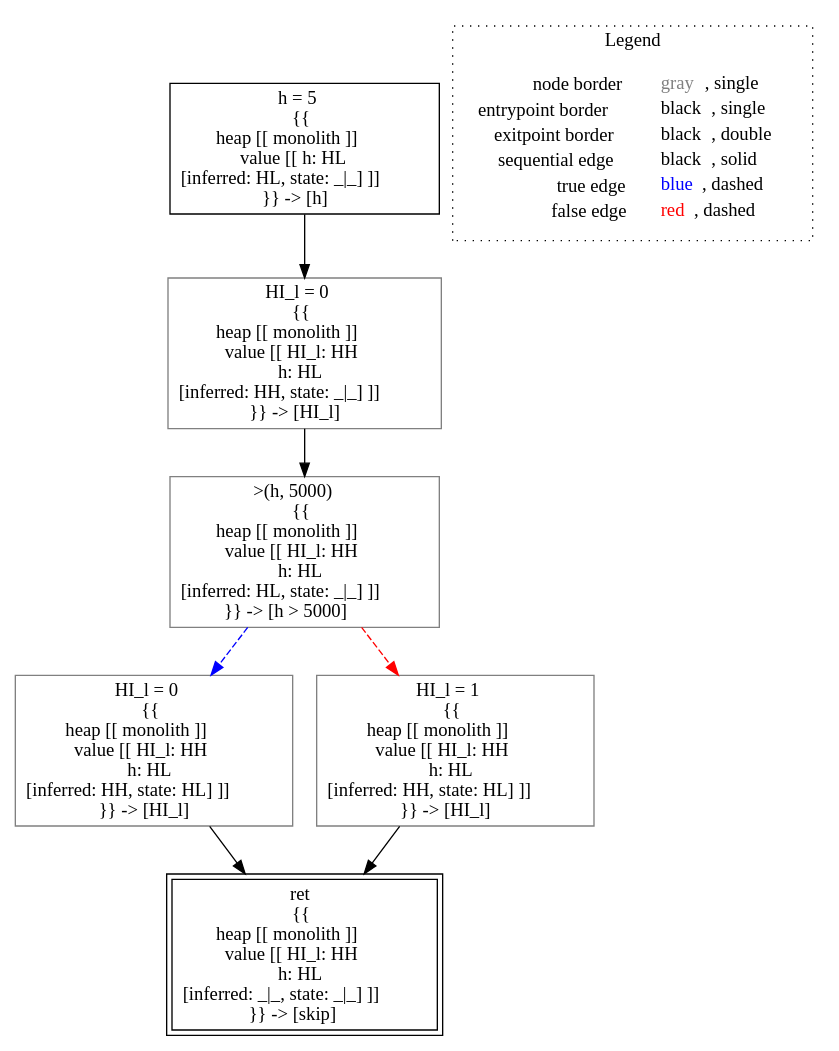
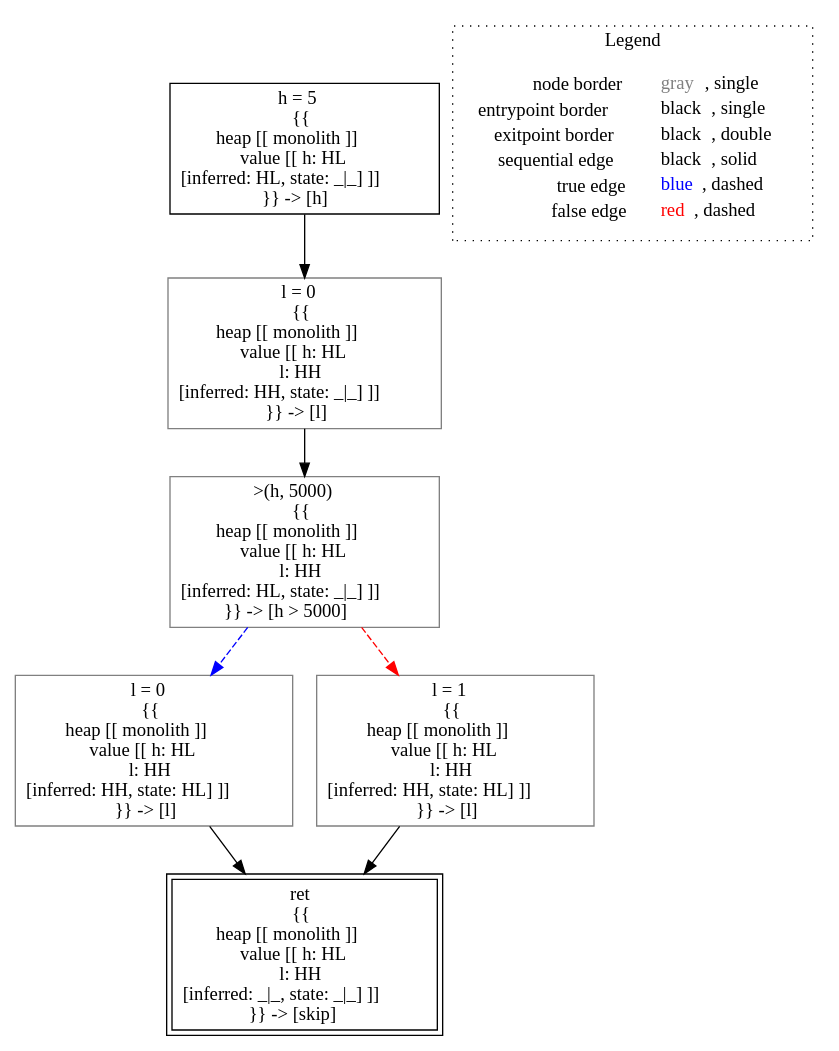
Before and after one commit to lisa-analyzer/lisa: the diagram in lisa/imp-testcases/non-interference/integrity/analysis___untyped_Integrity.integrity_lec6(Integrity_this).dot, drawn with Graphviz. The commit also changed 30 other files, not shown here.

```diff
--- a/lisa/imp-testcases/non-interference/integrity/analysis___untyped_Integrity.integrity_lec6(Integrity_this).dot
+++ b/lisa/imp-testcases/non-interference/integrity/analysis___untyped_Integrity.integrity_lec6(Integrity_this).dot
@@ -1,21 +1,21 @@
 digraph {
 	"node0" [shape="rect",color="black",label=<h = 5<BR/>{{<BR/>heap [[ monolith ]]<BR/>value [[ h: HL<BR/>[inferred: HL, state: _|_] ]]<BR/>}} -&gt; [h]>];
-	"node1" [shape="rect",color="black",peripheries="2",label=<ret<BR/>{{<BR/>heap [[ monolith ]]<BR/>value [[ HI_l: HH<BR/>h: HL<BR/>[inferred: _|_, state: _|_] ]]<BR/>}} -&gt; [skip]>];
-	"node2" [shape="rect",color="gray",label=<&gt;(h, 5000)<BR/>{{<BR/>heap [[ monolith ]]<BR/>value [[ HI_l: HH<BR/>h: HL<BR/>[inferred: HL, state: _|_] ]]<BR/>}} -&gt; [h &gt; 5000]>];
-	"node3" [shape="rect",color="gray",label=<HI_l = 0<BR/>{{<BR/>heap [[ monolith ]]<BR/>value [[ HI_l: HH<BR/>h: HL<BR/>[inferred: HH, state: HL] ]]<BR/>}} -&gt; [HI_l]>];
-	"node4" [shape="rect",color="gray",label=<HI_l = 1<BR/>{{<BR/>heap [[ monolith ]]<BR/>value [[ HI_l: HH<BR/>h: HL<BR/>[inferred: HH, state: HL] ]]<BR/>}} -&gt; [HI_l]>];
-	"node5" [shape="rect",color="gray",label=<HI_l = 0<BR/>{{<BR/>heap [[ monolith ]]<BR/>value [[ HI_l: HH<BR/>h: HL<BR/>[inferred: HH, state: _|_] ]]<BR/>}} -&gt; [HI_l]>];
-	"node0" -> "node5" [color="black"];
-	"node2" -> "node3" [color="blue",style="dashed"];
-	"node2" -> "node4" [color="red",style="dashed"];
-	"node3" -> "node1" [color="black"];
-	"node4" -> "node1" [color="black"];
-	"node5" -> "node2" [color="black"];
+	"node1" [shape="rect",color="gray",label=<l = 0<BR/>{{<BR/>heap [[ monolith ]]<BR/>value [[ h: HL<BR/>l: HH<BR/>[inferred: HH, state: HL] ]]<BR/>}} -&gt; [l]>];
+	"node2" [shape="rect",color="gray",label=<l = 0<BR/>{{<BR/>heap [[ monolith ]]<BR/>value [[ h: HL<BR/>l: HH<BR/>[inferred: HH, state: _|_] ]]<BR/>}} -&gt; [l]>];
+	"node3" [shape="rect",color="black",peripheries="2",label=<ret<BR/>{{<BR/>heap [[ monolith ]]<BR/>value [[ h: HL<BR/>l: HH<BR/>[inferred: _|_, state: _|_] ]]<BR/>}} -&gt; [skip]>];
+	"node4" [shape="rect",color="gray",label=<l = 1<BR/>{{<BR/>heap [[ monolith ]]<BR/>value [[ h: HL<BR/>l: HH<BR/>[inferred: HH, state: HL] ]]<BR/>}} -&gt; [l]>];
+	"node5" [shape="rect",color="gray",label=<&gt;(h, 5000)<BR/>{{<BR/>heap [[ monolith ]]<BR/>value [[ h: HL<BR/>l: HH<BR/>[inferred: HL, state: _|_] ]]<BR/>}} -&gt; [h &gt; 5000]>];
+	"node1" -> "node3" [color="black"];
+	"node2" -> "node5" [color="black"];
+	"node4" -> "node3" [color="black"];
+	"node0" -> "node2" [color="black"];
+	"node5" -> "node1" [color="blue",style="dashed"];
+	"node5" -> "node4" [color="red",style="dashed"];
 subgraph cluster_legend {
 	label="Legend";
 	style=dotted;
 	node [shape=plaintext];
 	"legend" [label=<<table border="0" cellpadding="2" cellspacing="0" cellborder="0"><tr><td align="right">node border&nbsp;</td><td align="left"><font color="gray">gray</font>, single</td></tr><tr><td align="right">entrypoint border&nbsp;</td><td align="left"><font color="black">black</font>, single</td></tr><tr><td align="right">exitpoint border&nbsp;</td><td align="left"><font color="black">black</font>, double</td></tr><tr><td align="right">sequential edge&nbsp;</td><td align="left"><font color="black">black</font>, solid</td></tr><tr><td align="right">true edge&nbsp;</td><td align="left"><font color="blue">blue</font>, dashed</td></tr><tr><td align="right">false edge&nbsp;</td><td align="left"><font color="red">red</font>, dashed</td></tr></table>>];
 }
 
 }
```
